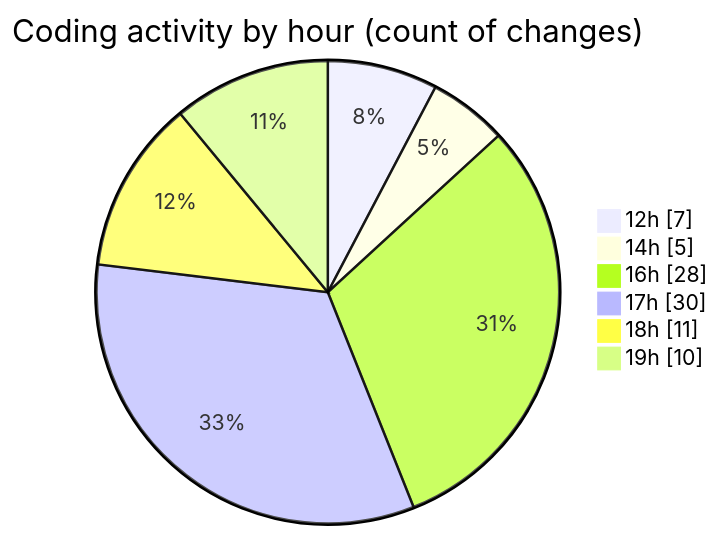
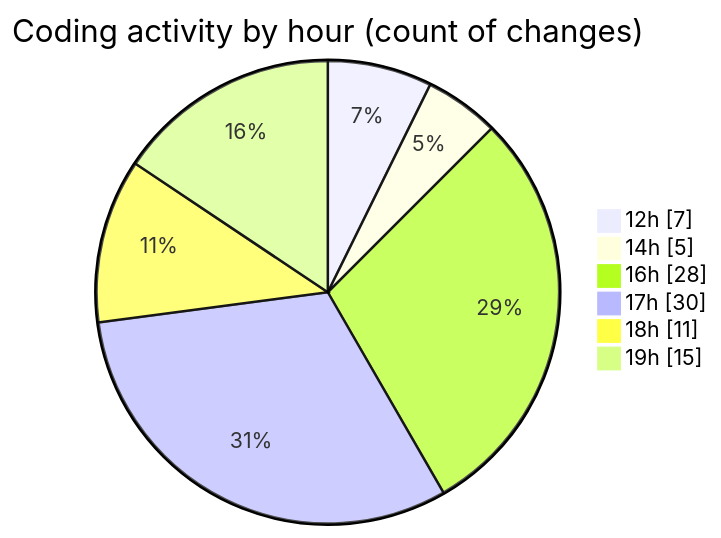
The second of 2 diagrams in 2025-10-06/eventscop-frontend-guide__workspace_/README.md (julien-gomy/code-tracking), drawn with Mermaid before and after one commit. The commit also changed other lines of this file and 1 other file, not shown here.

````diff
--- a/2025-10-06/eventscop-frontend-guide__workspace_/README.md
+++ b/2025-10-06/eventscop-frontend-guide__workspace_/README.md
@@ -60,10 +60,10 @@
 ```mermaid
 pie showData
 title Coding activity by hour (count of changes)
 "12h" : 7
 "14h" : 5
 "16h" : 28
 "17h" : 30
 "18h" : 11
-"19h" : 10
+"19h" : 15
 ```
````
